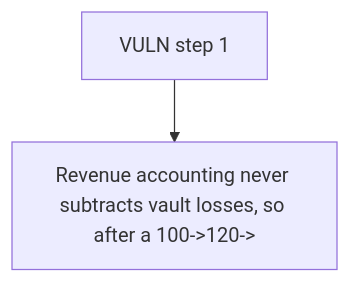
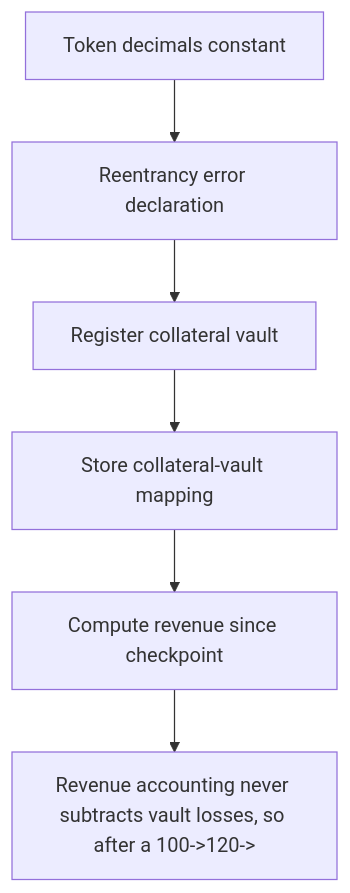
One commit to sanbir/evm-hack-registry changed the diagram in 64974-revenue-accounting-ignores-losses-spearbit-none-tenbin-pdf_exp/64974-revenue-accounting-ignores-losses-spearbit-none-tenbin-pdf_exp.md. Above: the diagram before and after it, drawn with Mermaid. The commit also changed other lines of this file and 79 other files, not shown here.

````diff
--- a/64974-revenue-accounting-ignores-losses-spearbit-none-tenbin-pdf_exp/64974-revenue-accounting-ignores-losses-spearbit-none-tenbin-pdf_exp.md
+++ b/64974-revenue-accounting-ignores-losses-spearbit-none-tenbin-pdf_exp/64974-revenue-accounting-ignores-losses-spearbit-none-tenbin-pdf_exp.md
@@ -28,6 +28,14 @@
 ```mermaid
 flowchart TD
-  S0["VULN step 1"]
+  S0["Token decimals constant"]
+  S1["Reentrancy error declaration"]
+  S2["Register collateral vault"]
+  S3["Store collateral-vault mapping"]
+  S4["Compute revenue since checkpoint"]
   H["Revenue accounting never subtracts vault losses, so after a 100->120->"]
-  S0 --> H
+  S0 --> S1
+  S1 --> S2
+  S2 --> S3
+  S3 --> S4
+  S4 --> H
 ```
````
